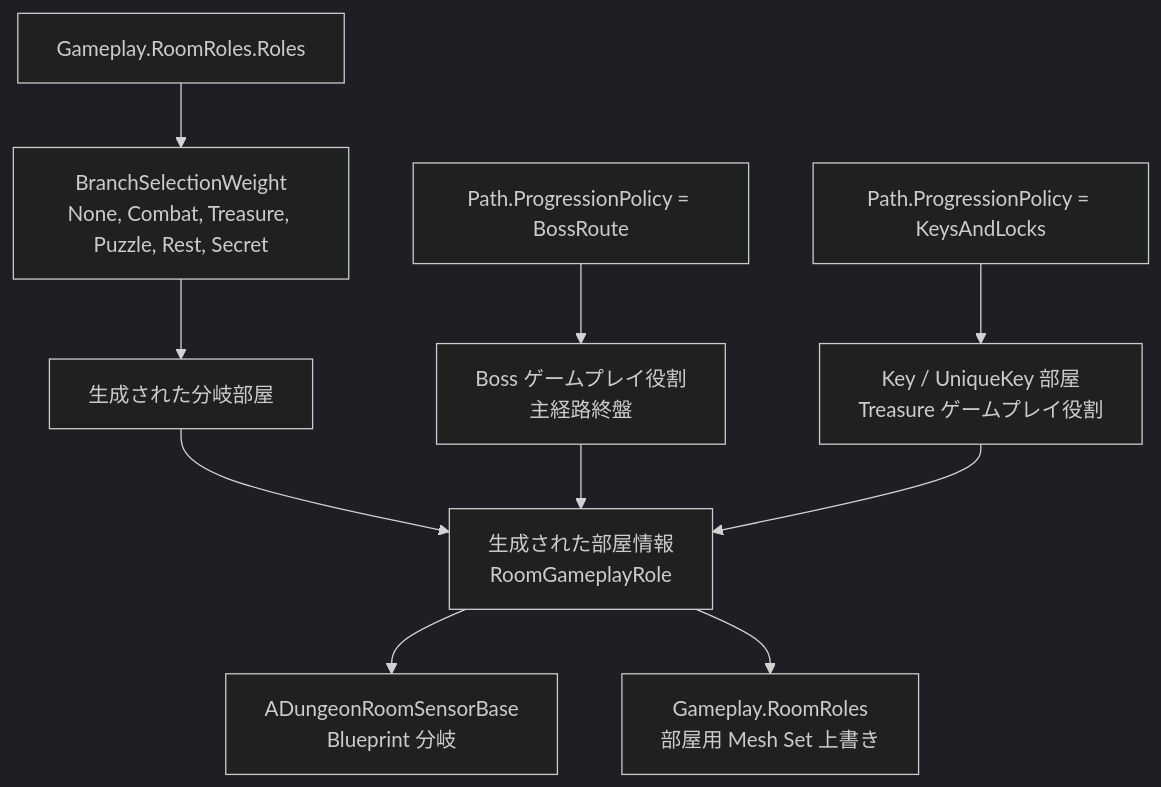
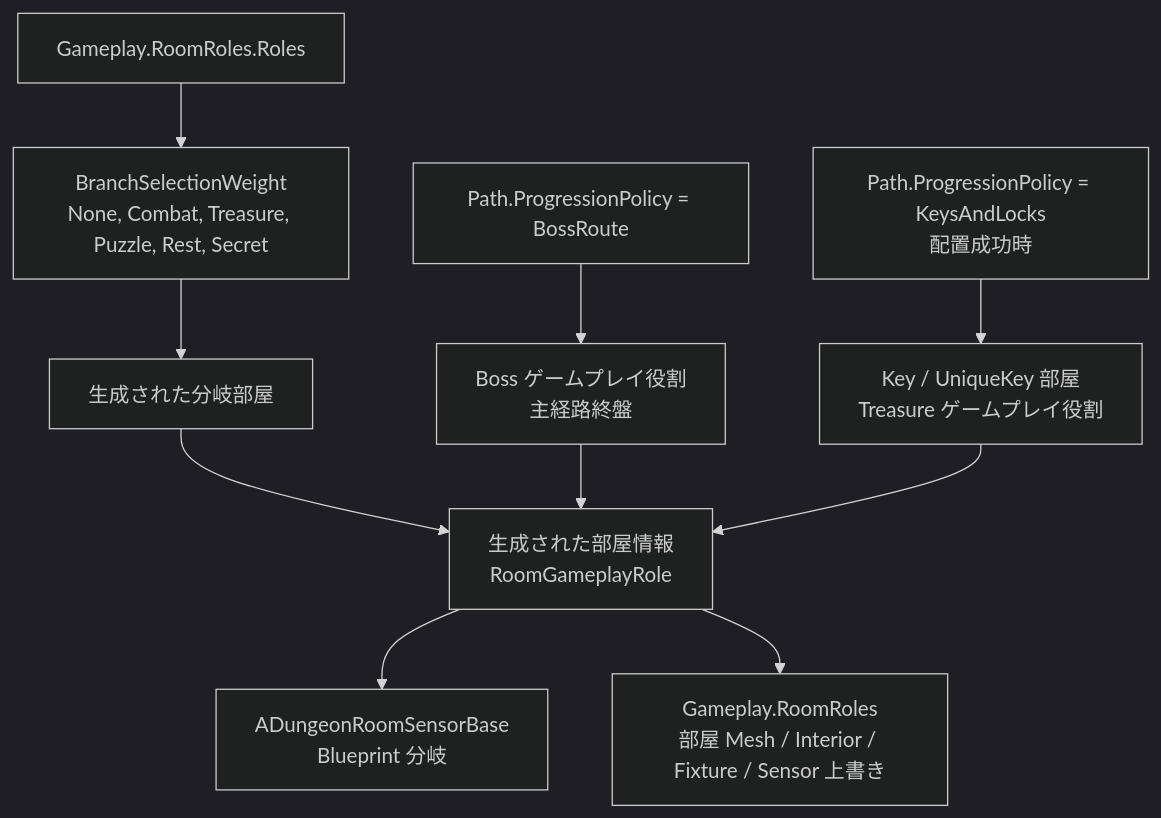
The third of 5 diagrams in Document/tutorial/UDungeonGenerateParameter.ja.md (shun126/DungeonGenerator), drawn with Mermaid (dark theme) before and after one commit. The commit also changed other lines of this file and 332 other files, not shown here.

````diff
--- a/Document/tutorial/UDungeonGenerateParameter.ja.md
+++ b/Document/tutorial/UDungeonGenerateParameter.ja.md
@@ -137,12 +139,12 @@
 ```mermaid
 graph TD;
     Profiles["Gameplay.RoomRoles.Roles"] --> Weights["BranchSelectionWeight<br/>None, Combat, Treasure, Puzzle, Rest, Secret"]
     Weights --> BranchRooms["生成された分岐部屋"]
     BossPolicy["Path.ProgressionPolicy = BossRoute"] --> BossRoom["Boss ゲームプレイ役割<br/>主経路終盤"]
-    KeyPolicy["Path.ProgressionPolicy = KeysAndLocks"] --> KeyRooms["Key / UniqueKey 部屋<br/>Treasure ゲームプレイ役割"]
+    KeyPolicy["Path.ProgressionPolicy = KeysAndLocks<br/>配置成功時"] --> KeyRooms["Key / UniqueKey 部屋<br/>Treasure ゲームプレイ役割"]
     BranchRooms --> GeneratedInfo["生成された部屋情報<br/>RoomGameplayRole"]
     BossRoom --> GeneratedInfo
     KeyRooms --> GeneratedInfo
     GeneratedInfo --> Sensor["ADungeonRoomSensorBase<br/>Blueprint 分岐"]
-    GeneratedInfo --> RoleTheme["Gameplay.RoomRoles<br/>部屋用 Mesh Set 上書き"]
+    GeneratedInfo --> RoleTheme["Gameplay.RoomRoles<br/>部屋 Mesh / Interior / Fixture / Sensor 上書き"]
 ```
````
